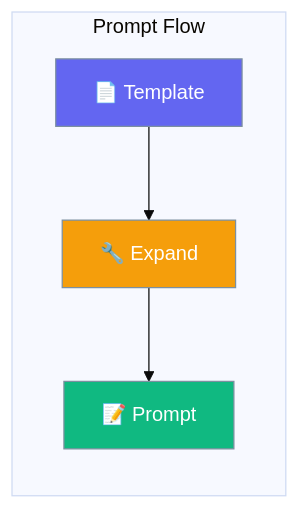
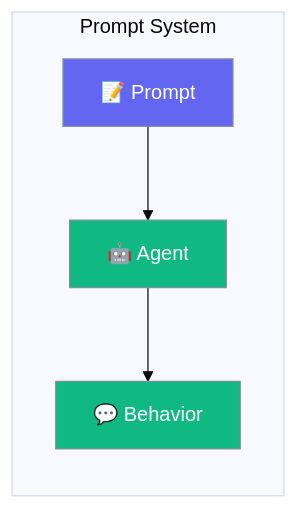
Before and after one commit to MervinPraison/PraisonAIDocs: the diagram in docs/rust/prompts.mdx, drawn with Mermaid (base theme). The commit also changed other lines of this file and 87 other files, not shown here.

````diff
--- a/docs/rust/prompts.mdx
+++ b/docs/rust/prompts.mdx
@@ -10,15 +10,13 @@
 ```mermaid
 graph LR
-    subgraph "Prompt Flow"
-        T[📄 Template] --> E[🔧 Expand]
-        E --> P[📝 Prompt]
+    subgraph "Prompt System"
+        P[📝 Prompt] --> A[🤖 Agent]
+        A --> B[💬 Behavior]
     end
     
-    classDef template fill:#6366F1,stroke:#7C90A0,color:#fff
-    classDef process fill:#F59E0B,stroke:#7C90A0,color:#fff
-    classDef output fill:#10B981,stroke:#7C90A0,color:#fff
+    classDef prompt fill:#6366F1,stroke:#7C90A0,color:#fff
+    classDef behavior fill:#10B981,stroke:#7C90A0,color:#fff
     
-    class T template
-    class E process
-    class P output
+    class P prompt
+    class A,B behavior
 ```
````
